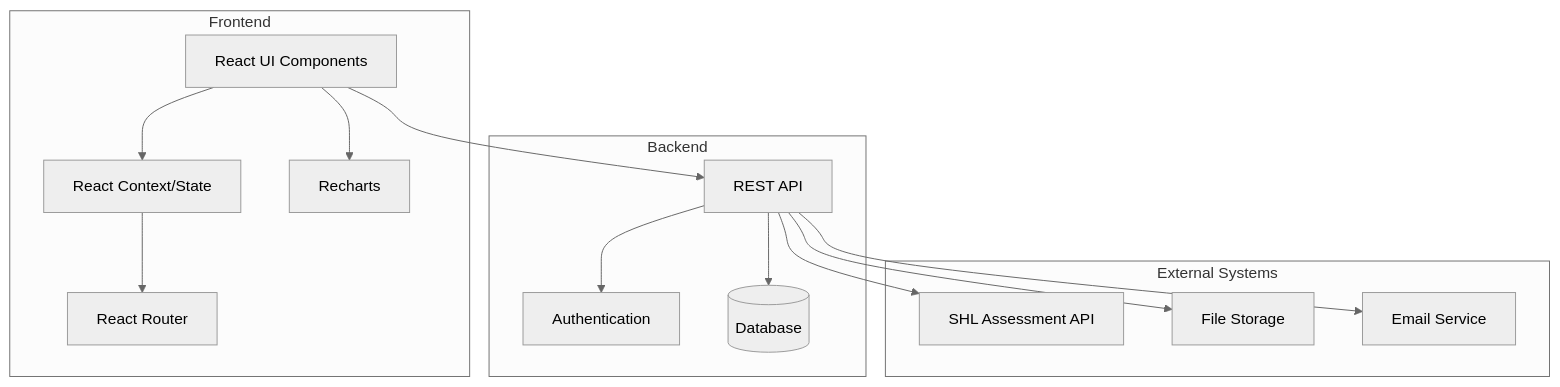
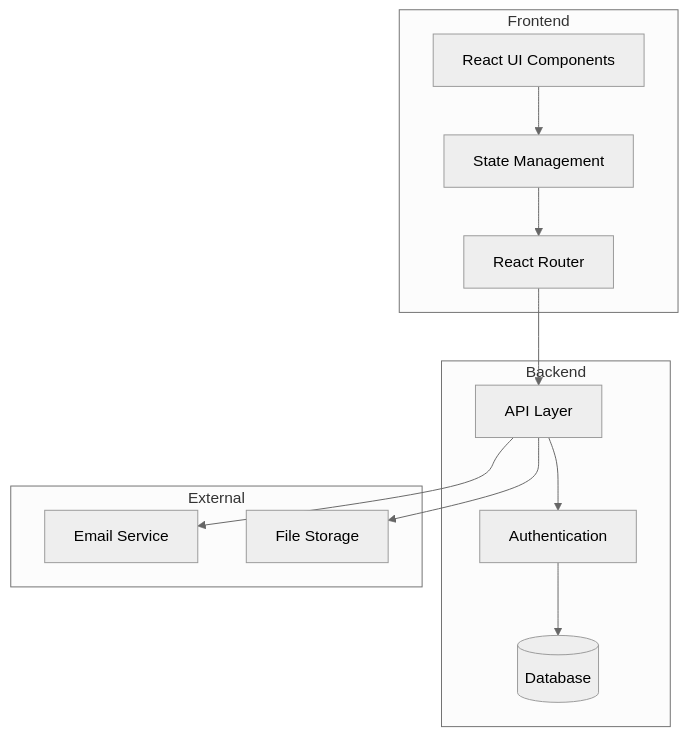
Before and after one commit to srisrihari/pep-score-nexus: the first of 11 diagrams in SRS.md, drawn with Mermaid (neutral theme). The commit also changed other lines of this file, not shown here.

````diff
--- a/SRS.md
+++ b/SRS.md
@@ -874,31 +120,27 @@
 ```mermaid
 graph TB
     subgraph Frontend
         UI[React UI Components]
-        State[React Context/State]
+        State[State Management]
         Router[React Router]
-        Charts[Recharts]
     end
-
+    
     subgraph Backend
-        API[REST API]
+        API[API Layer]
         Auth[Authentication]
         DB[(Database)]
     end
-
-    subgraph External Systems
-        SHL[SHL Assessment API]
-        FileStorage[File Storage]
-        EmailService[Email Service]
+    
+    subgraph External
+        Email[Email Service]
+        Storage[File Storage]
     end
-
+    
     UI --> State
     State --> Router
-    UI --> Charts
-    UI --> API
+    Router --> API
     API --> Auth
-    API --> DB
-    API --> SHL
-    API --> FileStorage
-    API --> EmailService
+    Auth --> DB
+    API --> Email
+    API --> Storage
 ```
````
